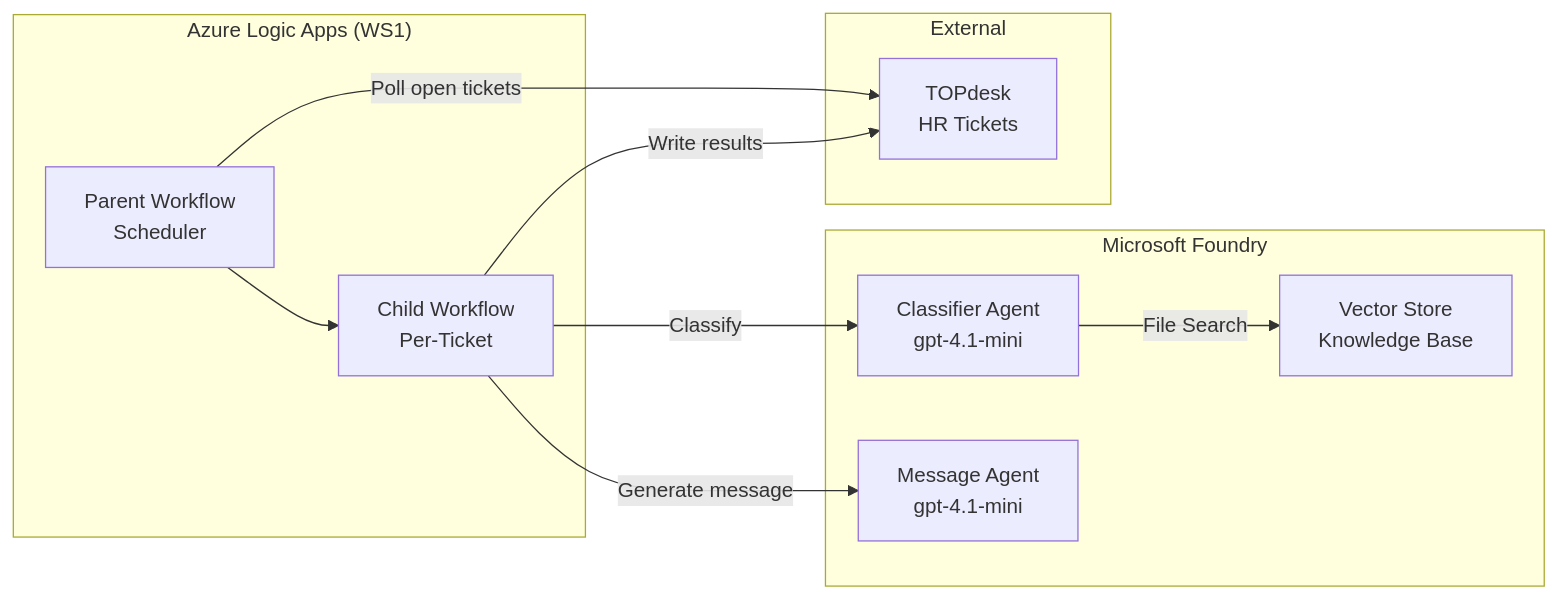
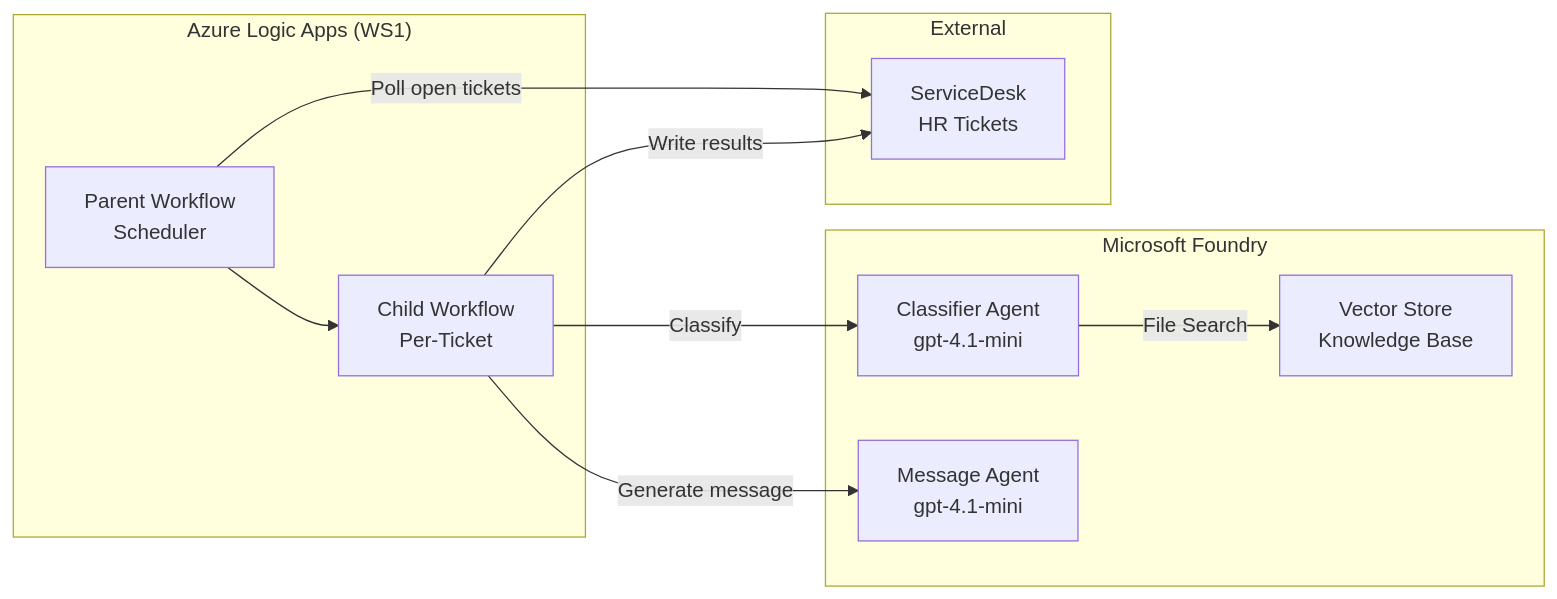
One commit to san360/ai-ticket-automation changed the diagram in README.md. Above: the diagram before and after it, drawn with Mermaid. The commit also changed other lines of this file and 16 other files, not shown here.

Commit message:
refactor: rename TOPdesk to generic ServiceDesk throughout codebase

````diff
--- a/README.md
+++ b/README.md
@@ -7,22 +7,22 @@
 ```mermaid
 graph LR
     subgraph "Azure Logic Apps (WS1)"
         A[Parent Workflow<br/>Scheduler] --> B[Child Workflow<br/>Per-Ticket]
     end
     
     subgraph "Microsoft Foundry"
         C[Classifier Agent<br/>gpt-4.1-mini]
         D[Message Agent<br/>gpt-4.1-mini]
         E[Vector Store<br/>Knowledge Base]
     end
     
     subgraph "External"
-        F[TOPdesk<br/>HR Tickets]
+        F[ServiceDesk<br/>HR Tickets]
     end
     
     A -->|Poll open tickets| F
     B -->|Classify| C
     C -->|File Search| E
     B -->|Generate message| D
     B -->|Write results| F
 ```
````
